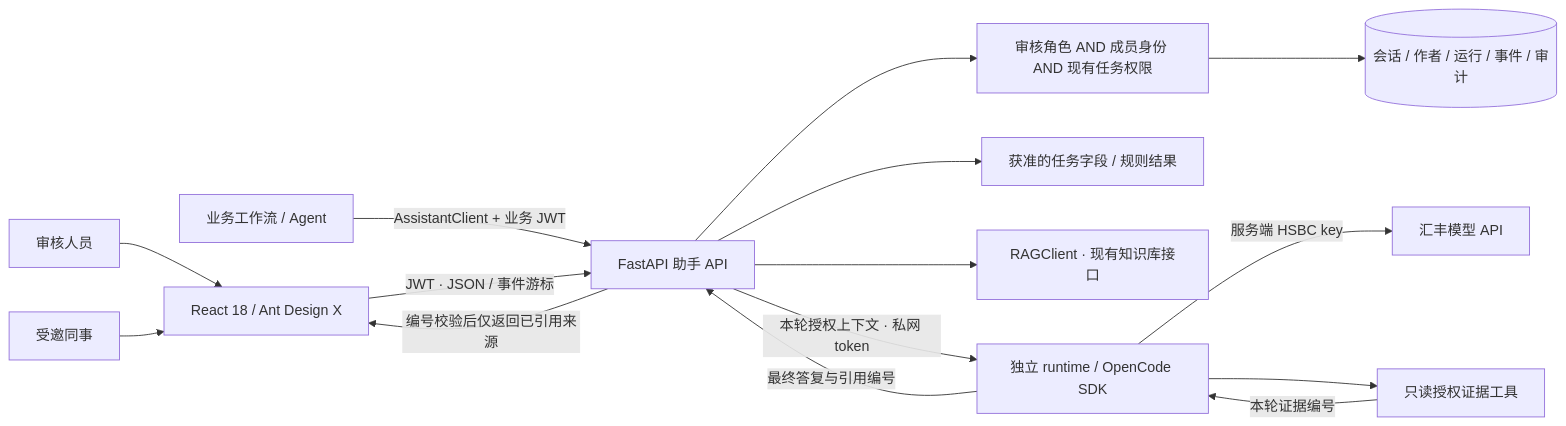
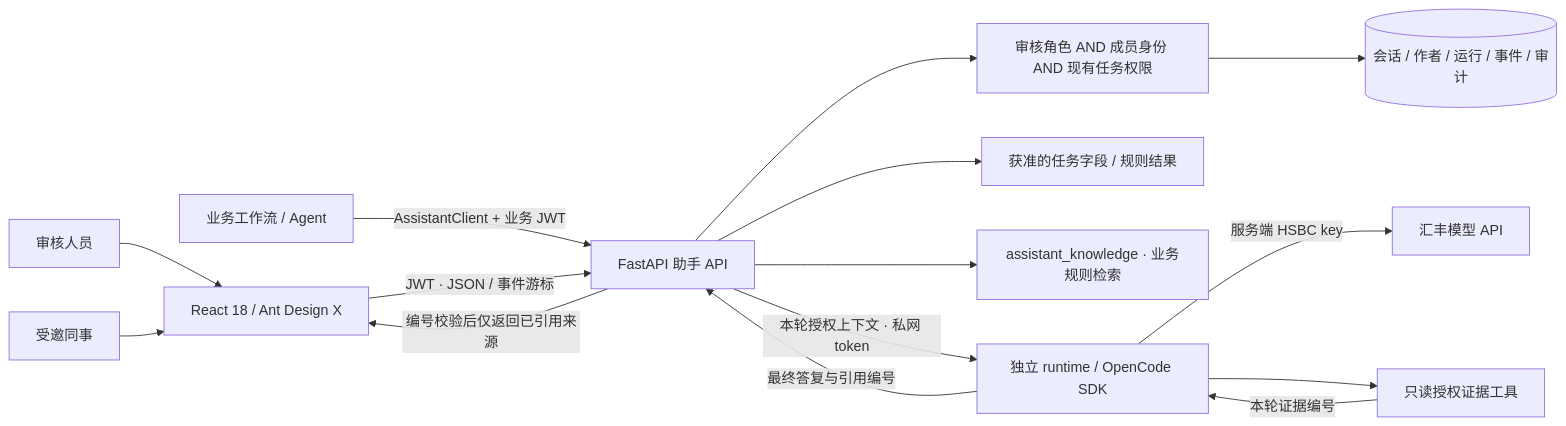
The first of 3 diagrams in docs/ai-assistant/README.md (HBCN-AI-Campaign/HBCN-AI-Campaign-Team8), drawn with Mermaid before and after one commit. The commit also changed other lines of this file and 3 other files, not shown here.

```diff
--- a/docs/ai-assistant/README.md
+++ b/docs/ai-assistant/README.md
@@ -28,17 +28,17 @@
 ~~~mermaid
 flowchart LR
   R[审核人员] --> UI[React 18 / Ant Design X]
   E[受邀同事] --> UI
   W[业务工作流 / Agent] -->|AssistantClient + 业务 JWT| API
   UI -->|JWT · JSON / 事件游标| API[FastAPI 助手 API]
   API --> ACL[审核角色 AND 成员身份 AND 现有任务权限]
   ACL --> DB[(会话 / 作者 / 运行 / 事件 / 审计)]
   API --> TASK[获准的任务字段 / 规则结果]
-  API --> RAG[RAGClient · 现有知识库接口]
+  API --> RAG[assistant_knowledge · 业务规则检索]
   API -->|本轮授权上下文 · 私网 token| RT[独立 runtime / OpenCode SDK]
   RT -->|服务端 HSBC key| HSBC[汇丰模型 API]
   RT --> TOOL[只读授权证据工具]
   TOOL -->|本轮证据编号| RT
   RT -->|最终答复与引用编号| API
   API -->|编号校验后仅返回已引用来源| UI
 ~~~
```
